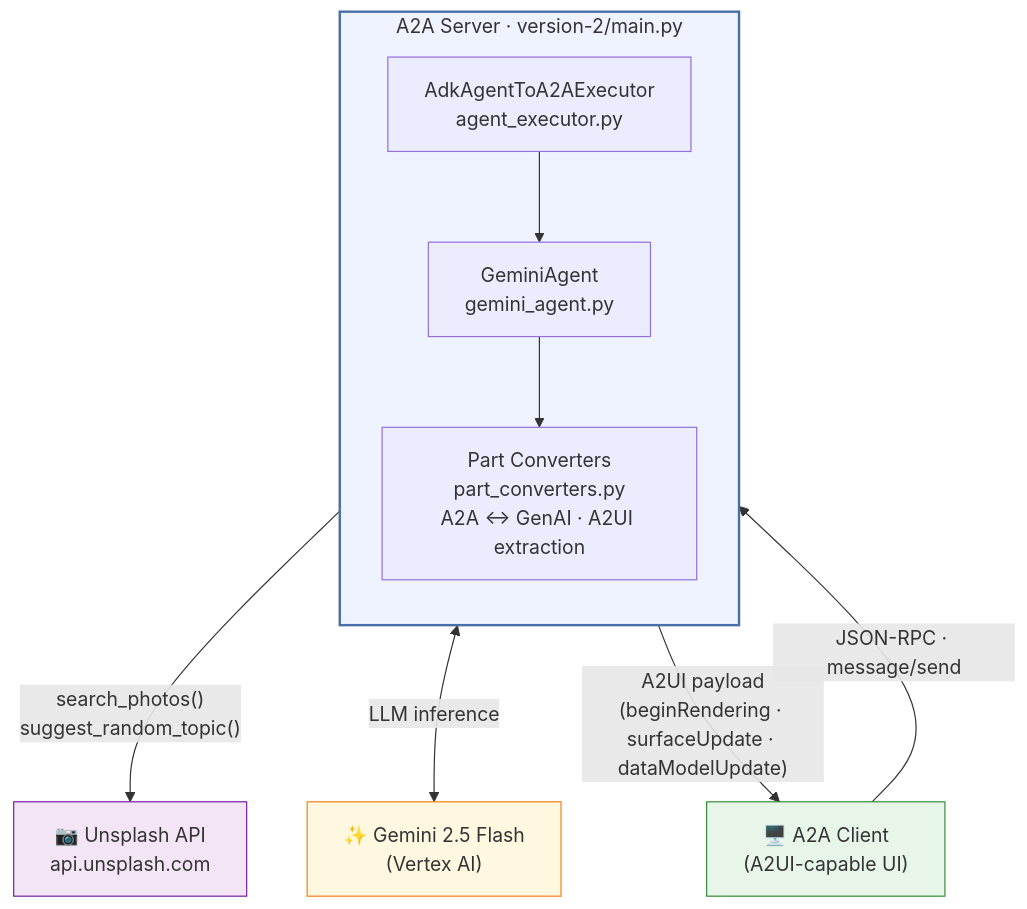
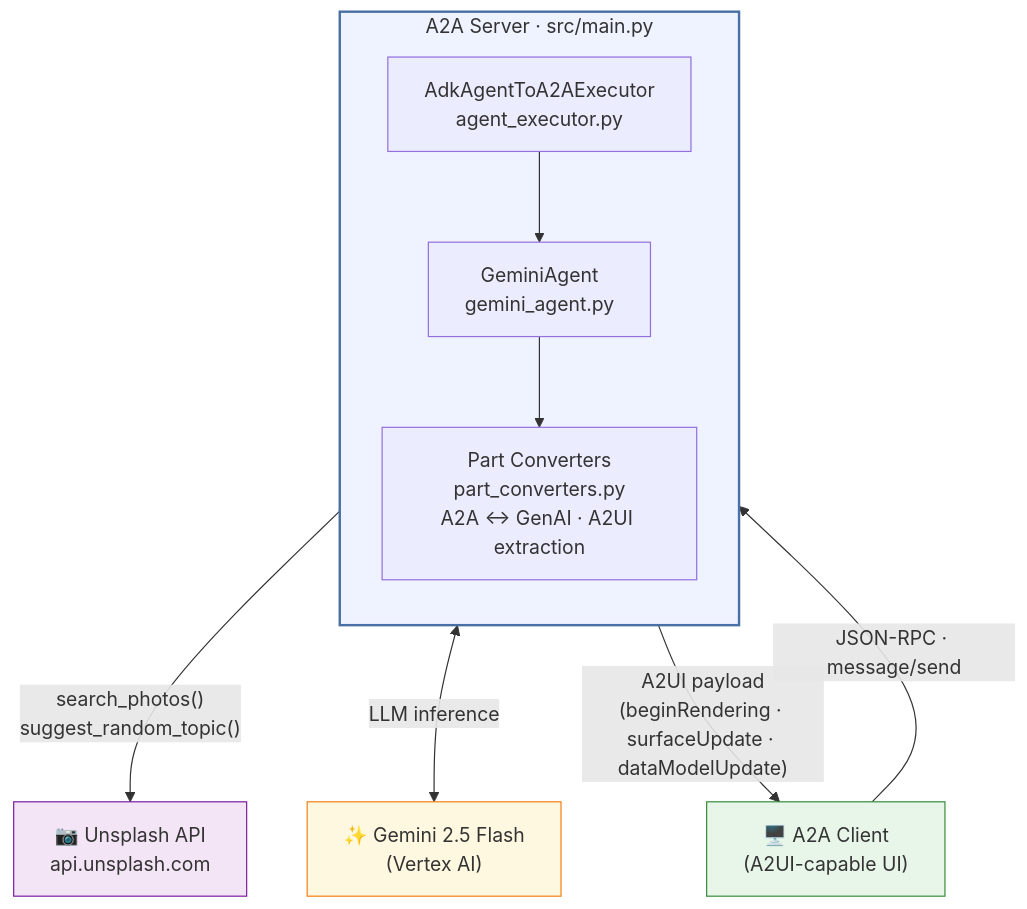
One commit to arananet/a2ui-example changed the third of 4 diagrams in README.md. Above: the diagram before and after it, drawn with Mermaid. The commit also changed other lines of this file and 15 other files, not shown here.

First line of the commit message:
refactor: rename version-2/ to src/ and update all references

````diff
--- a/README.md
+++ b/README.md
@@ -109,26 +109,26 @@
 ```mermaid
 graph TB
     Client["🖥️ A2A Client\n(A2UI-capable UI)"]
 
-    subgraph Server["A2A Server · version-2/main.py"]
+    subgraph Server["A2A Server · src/main.py"]
         direction TB
         Executor["AdkAgentToA2AExecutor\nagent_executor.py"]
         Agent["GeminiAgent\ngemini_agent.py"]
         Converters["Part Converters\npart_converters.py\nA2A ↔ GenAI · A2UI extraction"]
         Executor --> Agent
         Agent --> Converters
     end
 
     Gemini["✨ Gemini 2.5 Flash\n(Vertex AI)"]
     Unsplash["📷 Unsplash API\napi.unsplash.com"]
 
     Client -->|"JSON-RPC · message/send"| Server
     Server -->|"A2UI payload\n(beginRendering · surfaceUpdate · dataModelUpdate)"| Client
     Agent -->|"search_photos()\nsuggest_random_topic()"| Unsplash
     Agent <-->|LLM inference| Gemini
 
     style Server fill:#EFF3FF,stroke:#4A6FA5,stroke-width:2px
     style Client fill:#E8F5E9,stroke:#388E3C
     style Gemini fill:#FFF8E1,stroke:#F57F17
     style Unsplash fill:#F3E5F5,stroke:#7B1FA2
 ```
````
